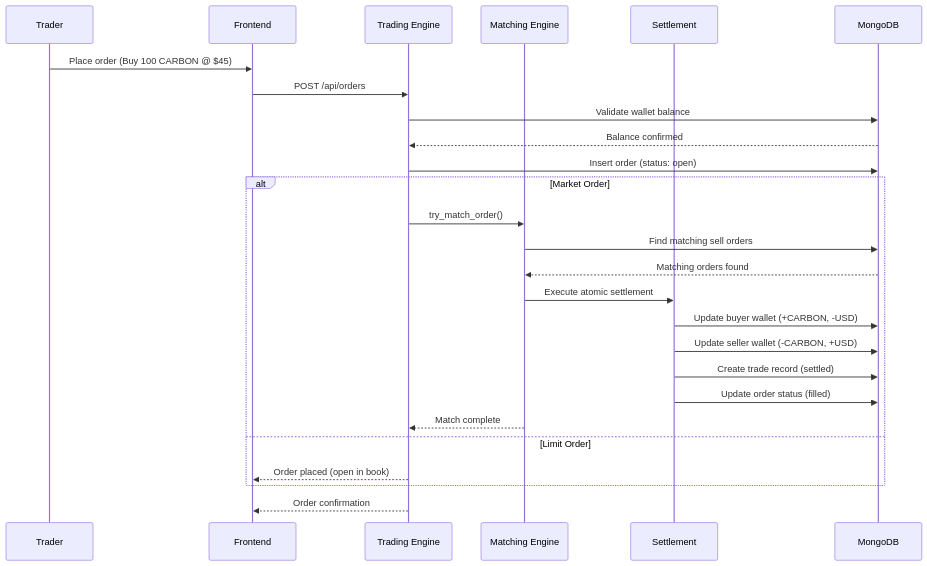
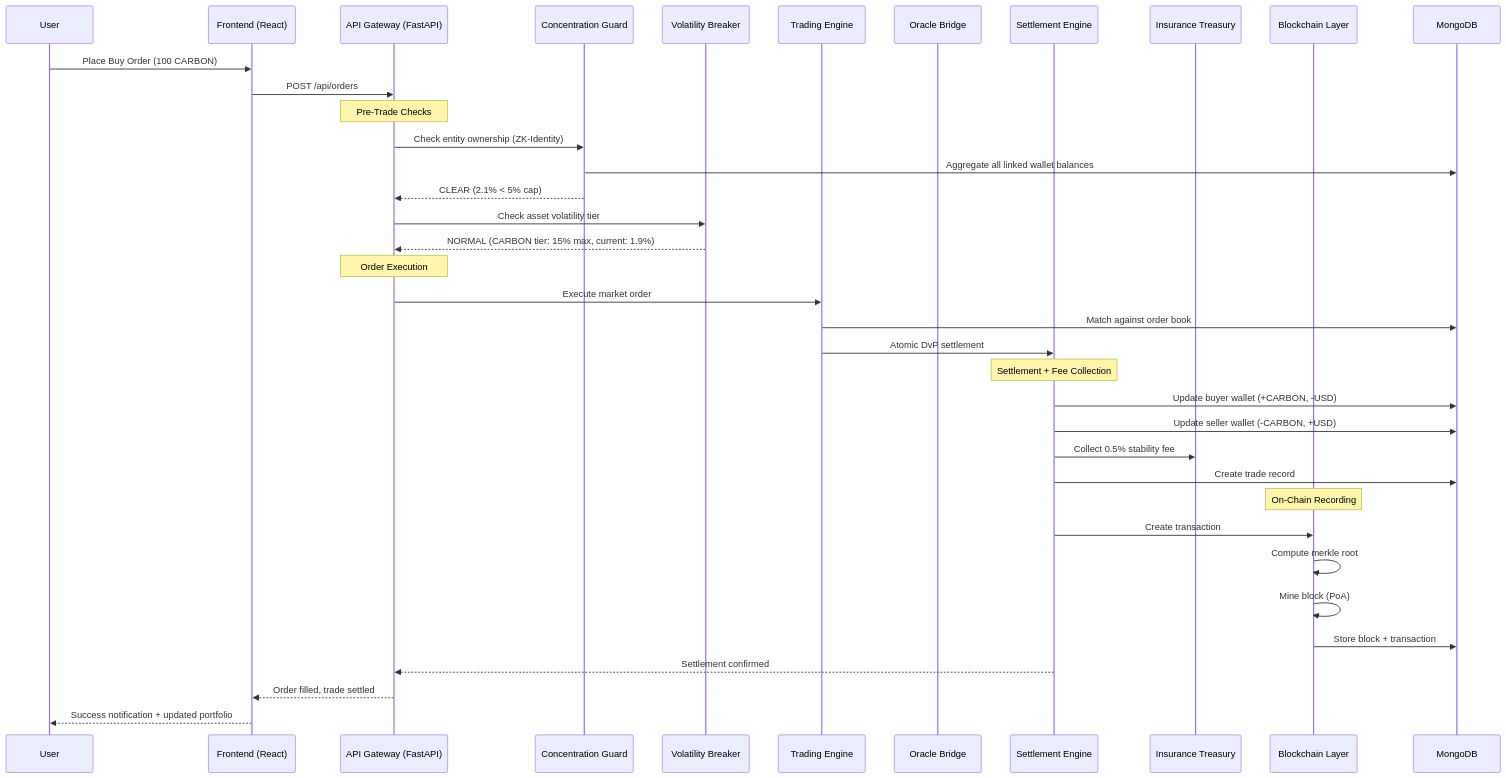
The second of 5 diagrams in README.md (jai2033shankar/FutureExchange), drawn with Mermaid before and after one commit. The commit also changed other lines of this file and 1 other file, not shown here.

````diff
--- a/README.md
+++ b/README.md
@@ -151,31 +174,46 @@
 ```mermaid
 sequenceDiagram
-    participant T as Trader
-    participant FE as Frontend
+    participant U as User
+    participant F as Frontend (React)
+    participant GW as API Gateway (FastAPI)
+    participant CG as Concentration Guard
+    participant VB as Volatility Breaker
     participant TE as Trading Engine
-    participant ME as Matching Engine
-    participant SE as Settlement
+    participant OB as Oracle Bridge
+    participant SE as Settlement Engine
+    participant IT as Insurance Treasury
+    participant BC as Blockchain Layer
     participant DB as MongoDB
 
-    T->>FE: Place order (Buy 100 CARBON @ $45)
-    FE->>TE: POST /api/orders
-    TE->>DB: Validate wallet balance
-    DB-->>TE: Balance confirmed
-    TE->>DB: Insert order (status: open)
-    
-    alt Market Order
-        TE->>ME: try_match_order()
-        ME->>DB: Find matching sell orders
-        DB-->>ME: Matching orders found
-        ME->>SE: Execute atomic settlement
-        SE->>DB: Update buyer wallet (+CARBON, -USD)
-        SE->>DB: Update seller wallet (-CARBON, +USD)
-        SE->>DB: Create trade record (settled)
-        SE->>DB: Update order status (filled)
-        ME-->>TE: Match complete
-    else Limit Order
-        TE-->>FE: Order placed (open in book)
-    end
-    
-    TE-->>FE: Order confirmation
+    U->>F: Place Buy Order (100 CARBON)
+    F->>GW: POST /api/orders
+
+    Note over GW: Pre-Trade Checks
+    GW->>CG: Check entity ownership (ZK-Identity)
+    CG->>DB: Aggregate all linked wallet balances
+    CG-->>GW: CLEAR (2.1% < 5% cap)
+
+    GW->>VB: Check asset volatility tier
+    VB-->>GW: NORMAL (CARBON tier: 15% max, current: 1.9%)
+
+    Note over GW: Order Execution
+    GW->>TE: Execute market order
+    TE->>DB: Match against order book
+    TE->>SE: Atomic DvP settlement
+
+    Note over SE: Settlement + Fee Collection
+    SE->>DB: Update buyer wallet (+CARBON, -USD)
+    SE->>DB: Update seller wallet (-CARBON, +USD)
+    SE->>IT: Collect 0.5% stability fee
+    SE->>DB: Create trade record
+
+    Note over BC: On-Chain Recording
+    SE->>BC: Create transaction
+    BC->>BC: Compute merkle root
+    BC->>BC: Mine block (PoA)
+    BC->>DB: Store block + transaction
+
+    SE-->>GW: Settlement confirmed
+    GW-->>F: Order filled, trade settled
+    F-->>U: Success notification + updated portfolio
 ```
````
